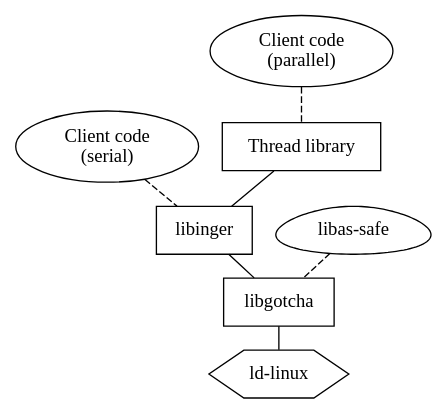
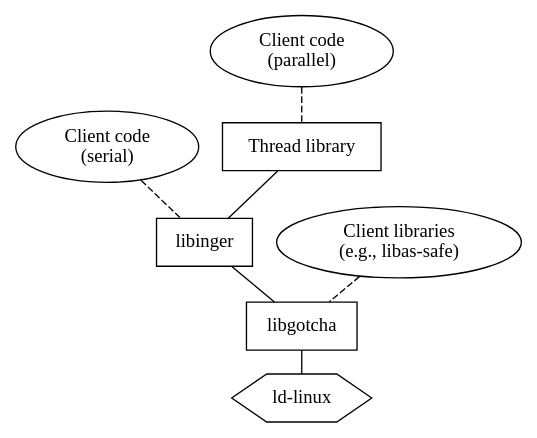
The diagram in figs/architecture.dot (solb/thesis), drawn with Graphviz before and after one commit. The commit also changed 3 other files, not shown here.

```diff
--- a/figs/architecture.dot
+++ b/figs/architecture.dot
@@ -1,33 +1,33 @@
 strict graph {
 	ranksep=0.25;
 
 	{
 		node [shape=oval];
 
 		serialclient [label="Client code\n(serial)"];
 		parallelclient [label="Client code\n(parallel)"];
+		libassafe [label="Client libraries\n(e.g., libas-safe)"];
 	}
 
 	{
 		node [shape=box];
 
 		threadlib [label="Thread library"];
 		libinger;
 		libgotcha;
 	}
 
-	libassafe [shape=egg,label="libas-safe"];
 	rtld [shape=hexagon,label="ld-linux"];
 
 	threadlib -- libinger;
 	libinger -- libgotcha;
 	libgotcha -- rtld;
 
 	{
 		edge [style=dashed];
 
 		serialclient -- libinger;
 		parallelclient -- threadlib;
 		libassafe -- libgotcha;
 	}
 }
```
